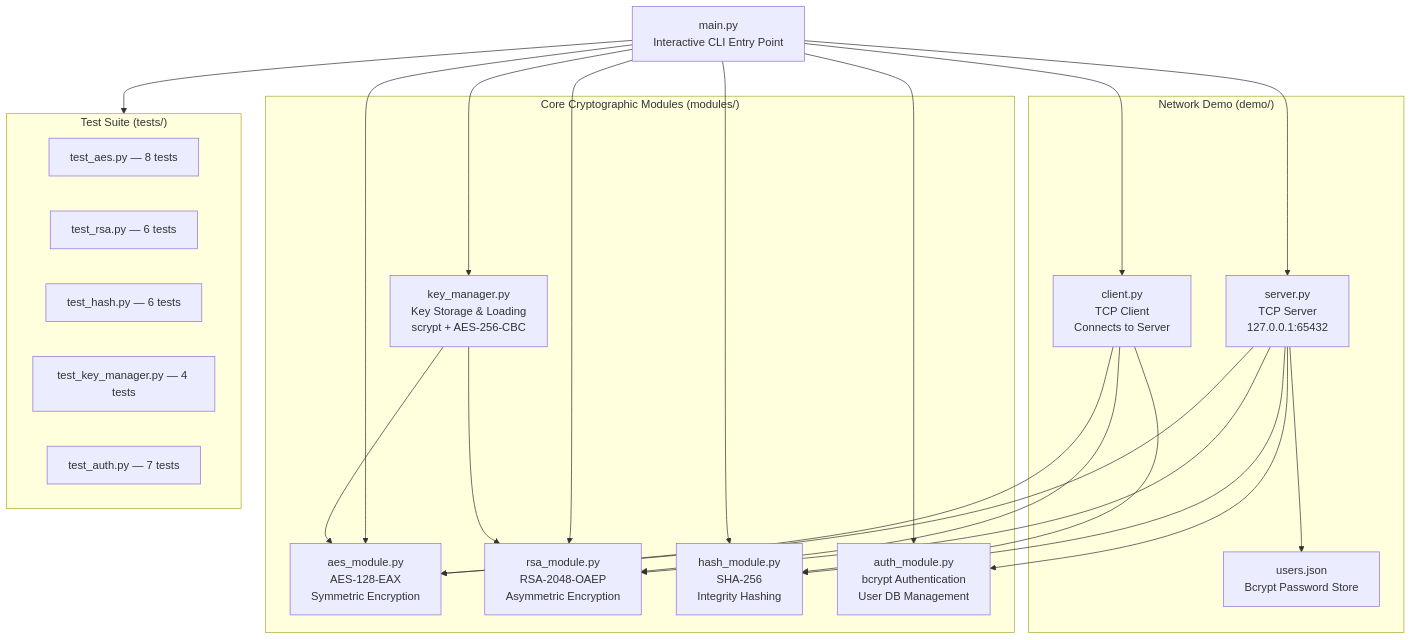
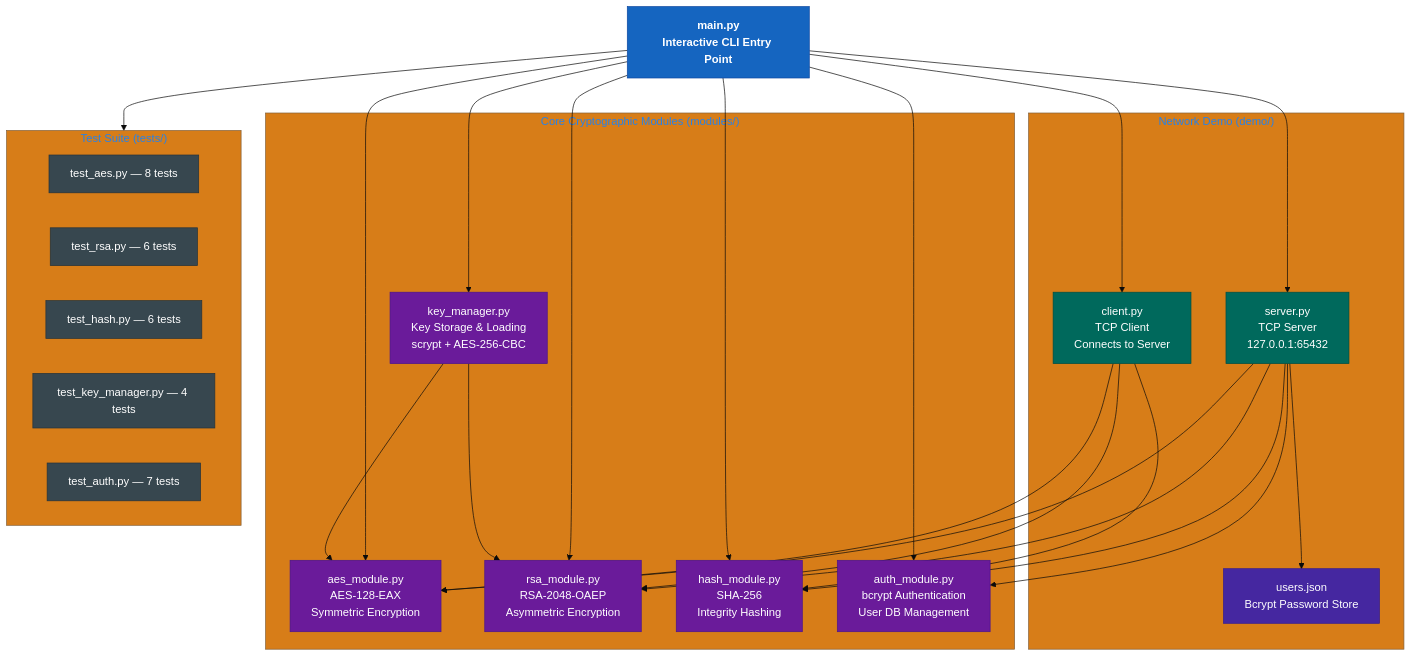
The first of 14 diagrams in PROJECT_DOCUMENTATION.md (HeshamAfandi/Secure-Communication-System), drawn with Mermaid before and after one commit. The commit also changed other lines of this file, not shown here.

Commit message:
made the diagrams colored

````diff
--- a/PROJECT_DOCUMENTATION.md
+++ b/PROJECT_DOCUMENTATION.md
@@ -88,48 +88,55 @@
 ```mermaid
+%%{init: {'theme': 'base', 'themeVariables': {'primaryColor': '#1565C0', 'edgeLabelBackground': '#FFFFFF'}}}%%
 graph TB
-    CLI["main.py<br/>Interactive CLI Entry Point"]
+    classDef entry fill:#1565C0,stroke:#0D47A1,color:#FFFFFF,font-weight:bold
+    classDef crypto fill:#6A1B9A,stroke:#4A148C,color:#FFFFFF
+    classDef demo  fill:#00695C,stroke:#004D40,color:#FFFFFF
+    classDef db    fill:#4527A0,stroke:#311B92,color:#FFFFFF
+    classDef test  fill:#37474F,stroke:#263238,color:#FFFFFF
+
+    CLI["main.py<br/>Interactive CLI Entry Point"]:::entry
 
     subgraph MODULES["Core Cryptographic Modules (modules/)"]
-        AES["aes_module.py<br/>AES-128-EAX<br/>Symmetric Encryption"]
-        RSA["rsa_module.py<br/>RSA-2048-OAEP<br/>Asymmetric Encryption"]
-        HASH["hash_module.py<br/>SHA-256<br/>Integrity Hashing"]
-        KEY["key_manager.py<br/>Key Storage & Loading<br/>scrypt + AES-256-CBC"]
-        AUTH["auth_module.py<br/>bcrypt Authentication<br/>User DB Management"]
+        AES["aes_module.py<br/>AES-128-EAX<br/>Symmetric Encryption"]:::crypto
+        RSA["rsa_module.py<br/>RSA-2048-OAEP<br/>Asymmetric Encryption"]:::crypto
+        HASH["hash_module.py<br/>SHA-256<br/>Integrity Hashing"]:::crypto
+        KEY["key_manager.py<br/>Key Storage & Loading<br/>scrypt + AES-256-CBC"]:::crypto
+        AUTH["auth_module.py<br/>bcrypt Authentication<br/>User DB Management"]:::crypto
     end
 
     subgraph DEMO["Network Demo (demo/)"]
-        SERVER["server.py<br/>TCP Server<br/>127.0.0.1:65432"]
-        CLIENT["client.py<br/>TCP Client<br/>Connects to Server"]
-        USERDB["users.json<br/>Bcrypt Password Store"]
+        SERVER["server.py<br/>TCP Server<br/>127.0.0.1:65432"]:::demo
+        CLIENT["client.py<br/>TCP Client<br/>Connects to Server"]:::demo
+        USERDB["users.json<br/>Bcrypt Password Store"]:::db
     end
 
     subgraph TESTS["Test Suite (tests/)"]
-        T1["test_aes.py — 8 tests"]
-        T2["test_rsa.py — 6 tests"]
-        T3["test_hash.py — 6 tests"]
-        T4["test_key_manager.py — 4 tests"]
-        T5["test_auth.py — 7 tests"]
+        T1["test_aes.py — 8 tests"]:::test
+        T2["test_rsa.py — 6 tests"]:::test
+        T3["test_hash.py — 6 tests"]:::test
+        T4["test_key_manager.py — 4 tests"]:::test
+        T5["test_auth.py — 7 tests"]:::test
     end
 
     CLI --> AES
     CLI --> RSA
     CLI --> HASH
     CLI --> KEY
     CLI --> AUTH
     CLI --> SERVER
     CLI --> CLIENT
     CLI --> TESTS
 
     SERVER --> RSA
     SERVER --> AES
     SERVER --> HASH
     SERVER --> AUTH
     SERVER --> USERDB
 
     CLIENT --> RSA
     CLIENT --> AES
     CLIENT --> HASH
 
     KEY --> RSA
     KEY --> AES
 ```
````
